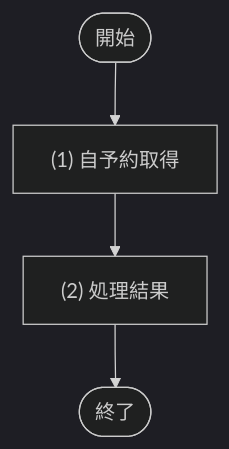
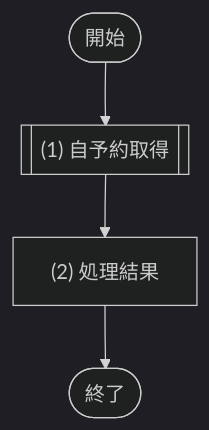
Before and after one commit to sikakou54/system-document-template: the first of 5 diagrams in docs/03_機能設計/05_モジュール設計/MOD-003_予約サービス.md, drawn with Mermaid (dark theme). The commit also changed other lines of this file and 28 other files, not shown here.

````diff
--- a/docs/03_機能設計/05_モジュール設計/MOD-003_予約サービス.md
+++ b/docs/03_機能設計/05_モジュール設計/MOD-003_予約サービス.md
@@ -55,9 +55,9 @@
 ```mermaid
 flowchart TD
   Start([開始])
-  P1["(1) 自予約取得"]
+  P1[["(1) 自予約取得"]]
   P2["(2) 処理結果"]
   End([終了])
 
   Start --> P1 --> P2 --> End
 ```
````
